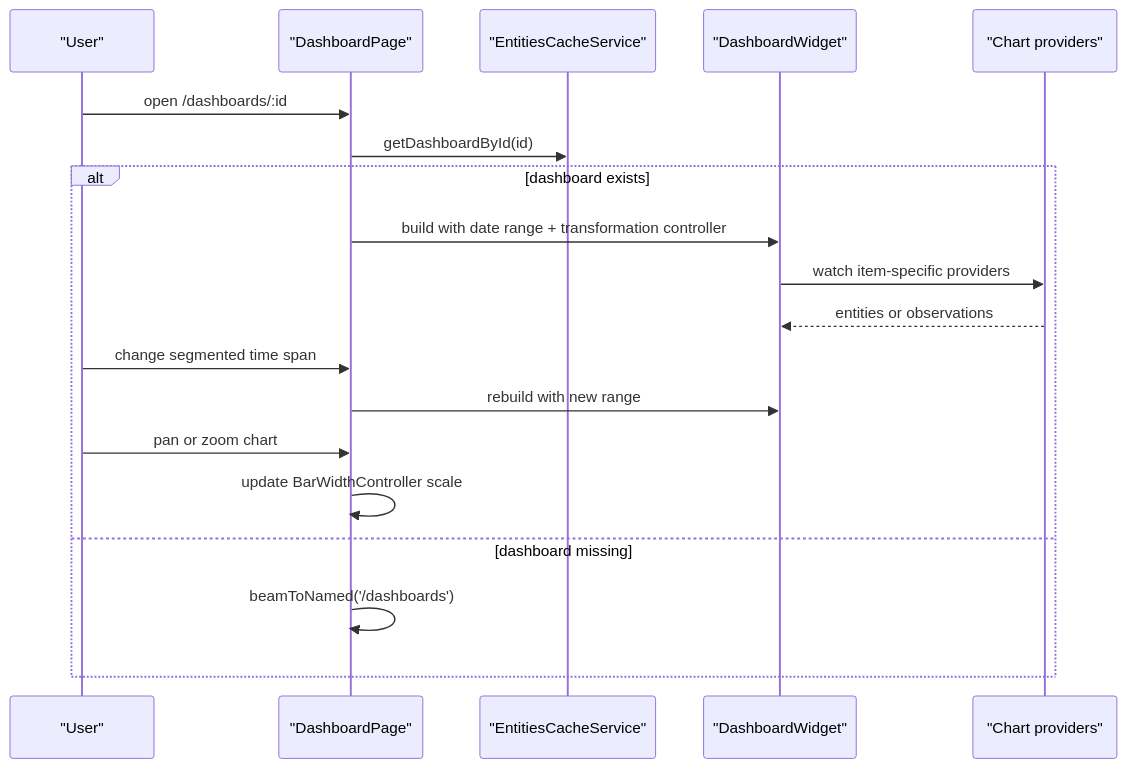
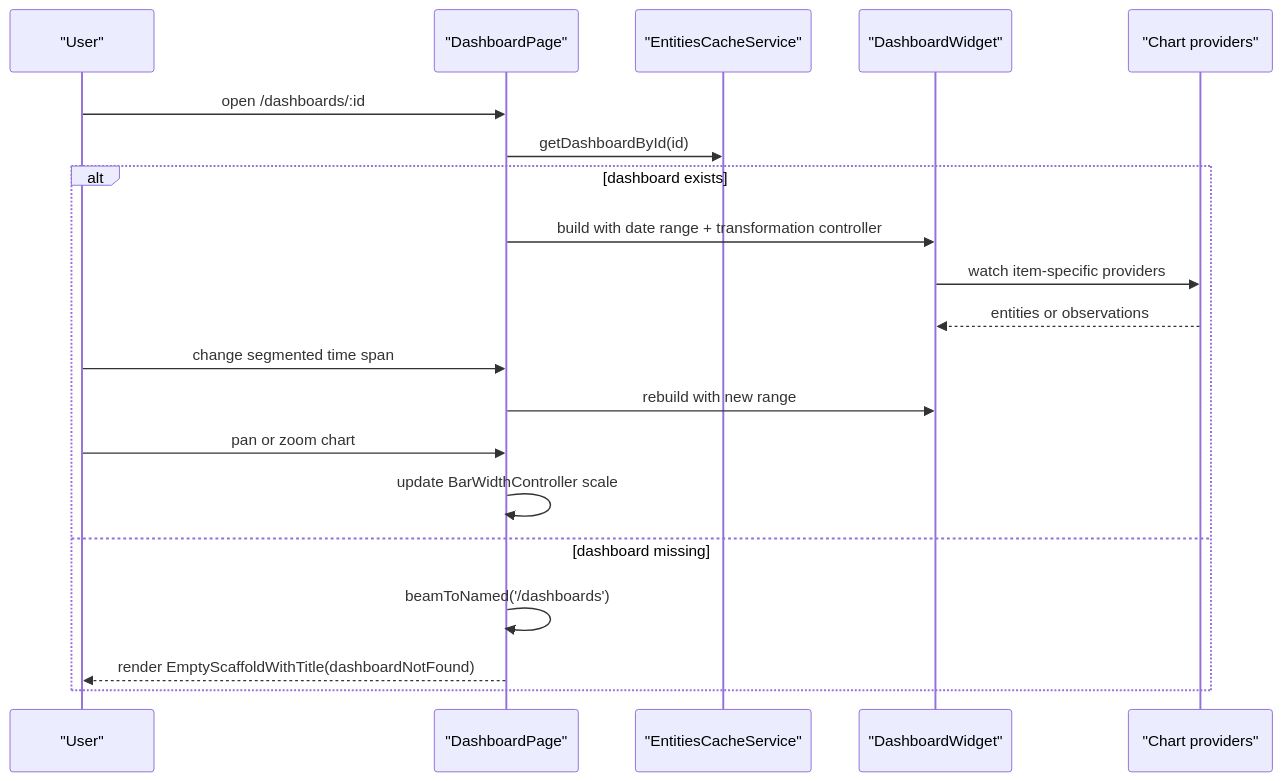
Before and after one commit to matthiasn/lotti: the third of 5 diagrams in lib/features/dashboards/README.md, drawn with Mermaid. The commit also changed other lines of this file and 43 other files, not shown here.

````diff
--- a/lib/features/dashboards/README.md
+++ b/lib/features/dashboards/README.md
@@ -145,22 +156,23 @@
 ```mermaid
 sequenceDiagram
   participant User as "User"
   participant Page as "DashboardPage"
   participant Cache as "EntitiesCacheService"
   participant Widget as "DashboardWidget"
   participant Providers as "Chart providers"
 
   User->>Page: open /dashboards/:id
   Page->>Cache: getDashboardById(id)
   alt dashboard exists
     Page->>Widget: build with date range + transformation controller
     Widget->>Providers: watch item-specific providers
     Providers-->>Widget: entities or observations
     User->>Page: change segmented time span
     Page->>Widget: rebuild with new range
     User->>Page: pan or zoom chart
     Page->>Page: update BarWidthController scale
   else dashboard missing
     Page->>Page: beamToNamed('/dashboards')
+    Page-->>User: render EmptyScaffoldWithTitle(dashboardNotFound)
   end
 ```
````
